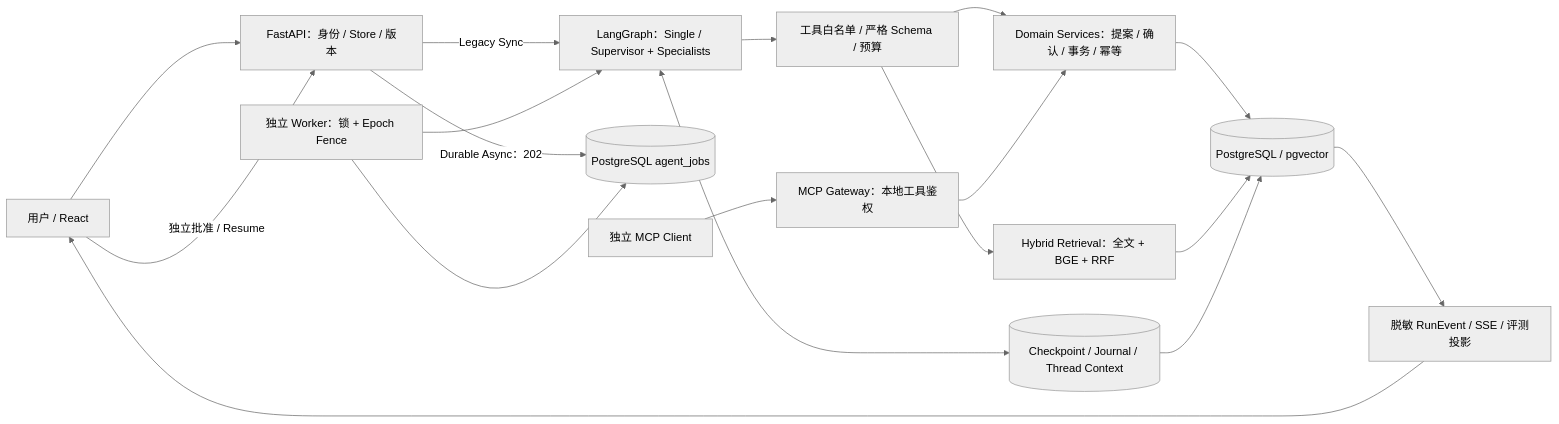
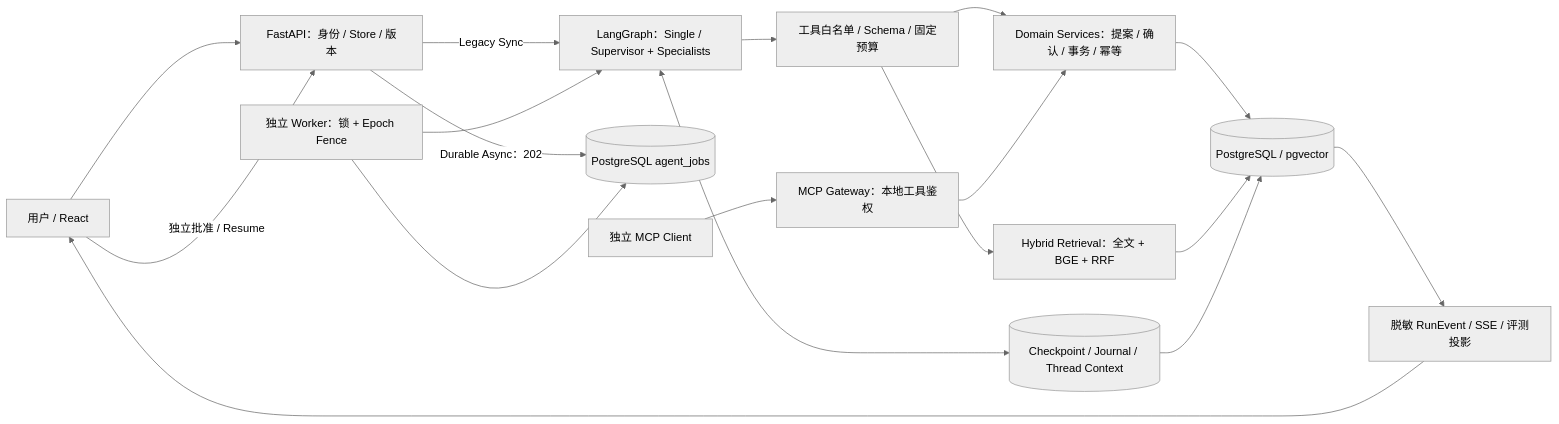
Before and after one commit to Cockatoo-xlk/AgentMall-Portfolio: the diagram in README.md, drawn with Mermaid (neutral theme). The commit also changed other lines of this file and 11 other files, not shown here.

````diff
--- a/README.md
+++ b/README.md
@@ -34,20 +26,20 @@
 ```mermaid
 flowchart LR
   UI["用户 / React"] --> API["FastAPI：身份 / Store / 版本"]
   API -->|"Legacy Sync"| G["LangGraph：Single / Supervisor + Specialists"]
   API -->|"Durable Async：202"| Q[("PostgreSQL agent_jobs")]
   W["独立 Worker：锁 + Epoch Fence"] --> Q
   W --> G
-  G --> V["工具白名单 / 严格 Schema / 预算"]
+  G --> V["工具白名单 / Schema / 固定预算"]
   V --> R["Hybrid Retrieval：全文 + BGE + RRF"]
   V --> D["Domain Services：提案 / 确认 / 事务 / 幂等"]
   UI -->|"独立批准 / Resume"| API
   D --> PG[("PostgreSQL / pgvector")]
   R --> PG
   G <--> CP[("Checkpoint / Journal / Thread Context")]
   CP --> PG
   PG --> E["脱敏 RunEvent / SSE / 评测投影"]
   E --> UI
   C["独立 MCP Client"] --> M["MCP Gateway：本地工具鉴权"]
   M --> D
 ```
````
